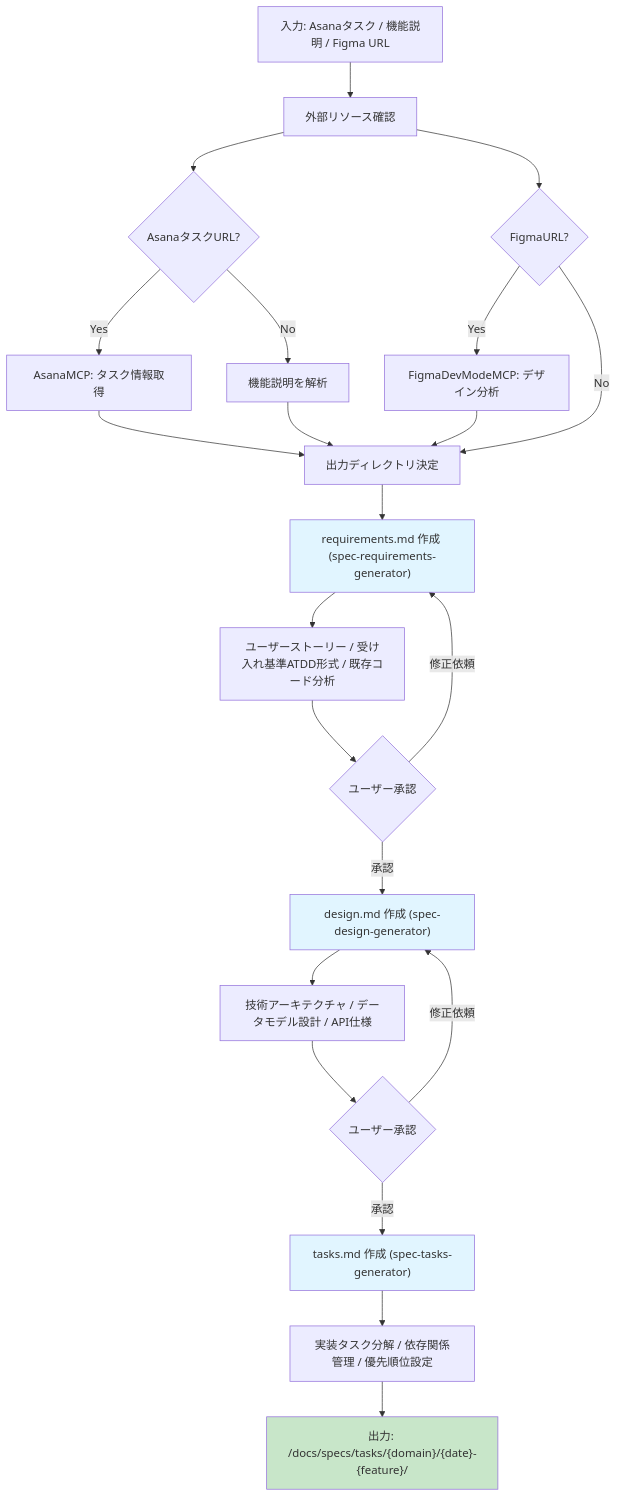
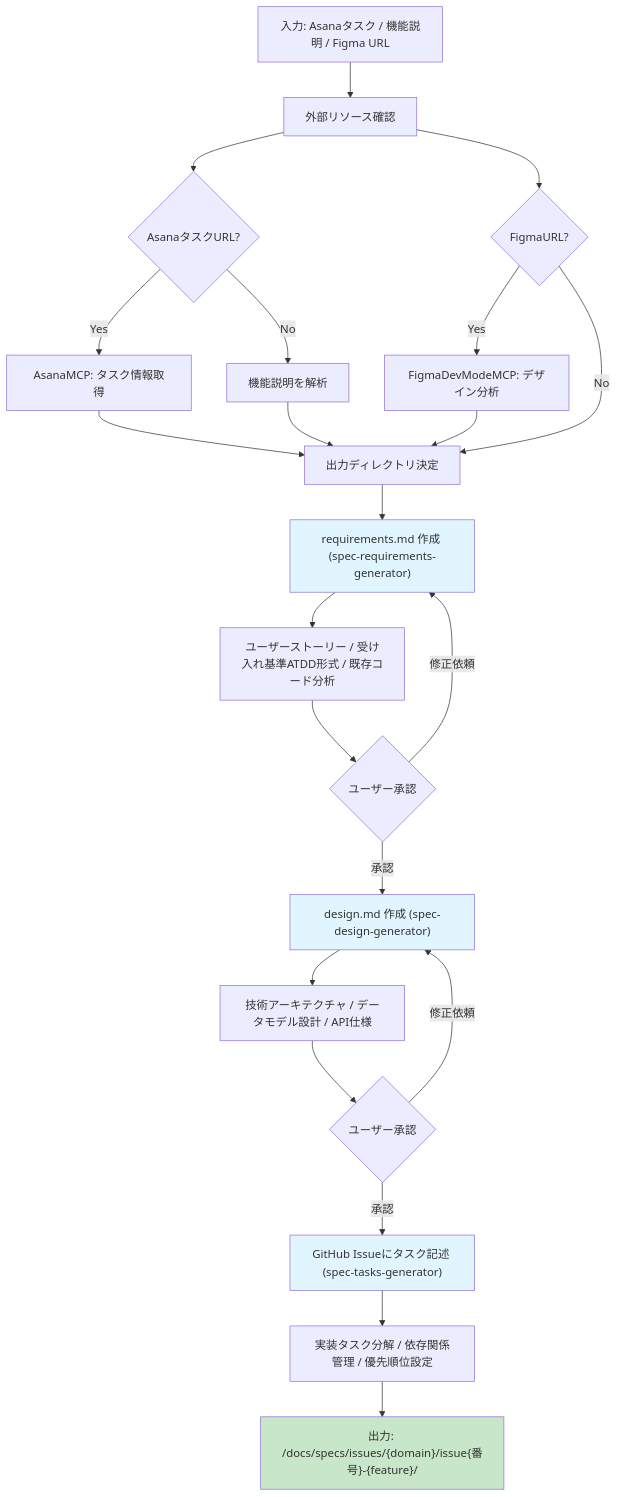
One commit to einja-inc/einja-management-template changed the first of 6 diagrams in docs/instructions/task-execute.md. Above: the diagram before and after it, drawn with Mermaid. The commit also changed other lines of this file and 40 other files, not shown here.

First line of the commit message:
docs: GitHub Issue対応への移行とドキュメント構造の改善

````diff
--- a/docs/instructions/task-execute.md
+++ b/docs/instructions/task-execute.md
@@ -16,32 +16,32 @@
 ```mermaid
 graph TD
     A[入力: Asanaタスク / 機能説明 / Figma URL] --> B[外部リソース確認]
     B --> C{AsanaタスクURL?}
     C -->|Yes| D[AsanaMCP: タスク情報取得]
     C -->|No| E[機能説明を解析]
     B --> F{FigmaURL?}
     F -->|Yes| G[FigmaDevModeMCP: デザイン分析]
     F -->|No| H[出力ディレクトリ決定]
     D --> H
     E --> H
     G --> H
 
     H --> I["requirements.md 作成 (spec-requirements-generator)"]
     I --> J["ユーザーストーリー / 受け入れ基準ATDD形式 / 既存コード分析"]
     J --> K{ユーザー承認}
     K -->|承認| L["design.md 作成 (spec-design-generator)"]
     K -->|修正依頼| I
 
     L --> M["技術アーキテクチャ / データモデル設計 / API仕様"]
     M --> N{ユーザー承認}
-    N -->|承認| O["tasks.md 作成 (spec-tasks-generator)"]
+    N -->|承認| O["GitHub Issueにタスク記述 (spec-tasks-generator)"]
     N -->|修正依頼| L
 
     O --> P["実装タスク分解 / 依存関係管理 / 優先順位設定"]
-    P --> Q["出力: /docs/specs/tasks/{domain}/{date}-{feature}/"]
+    P --> Q["出力: /docs/specs/issues/{domain}/issue{番号}-{feature}/"]
 
     style I fill:#e1f5ff
     style L fill:#e1f5ff
     style O fill:#e1f5ff
     style Q fill:#c8e6c9
 ```
````
